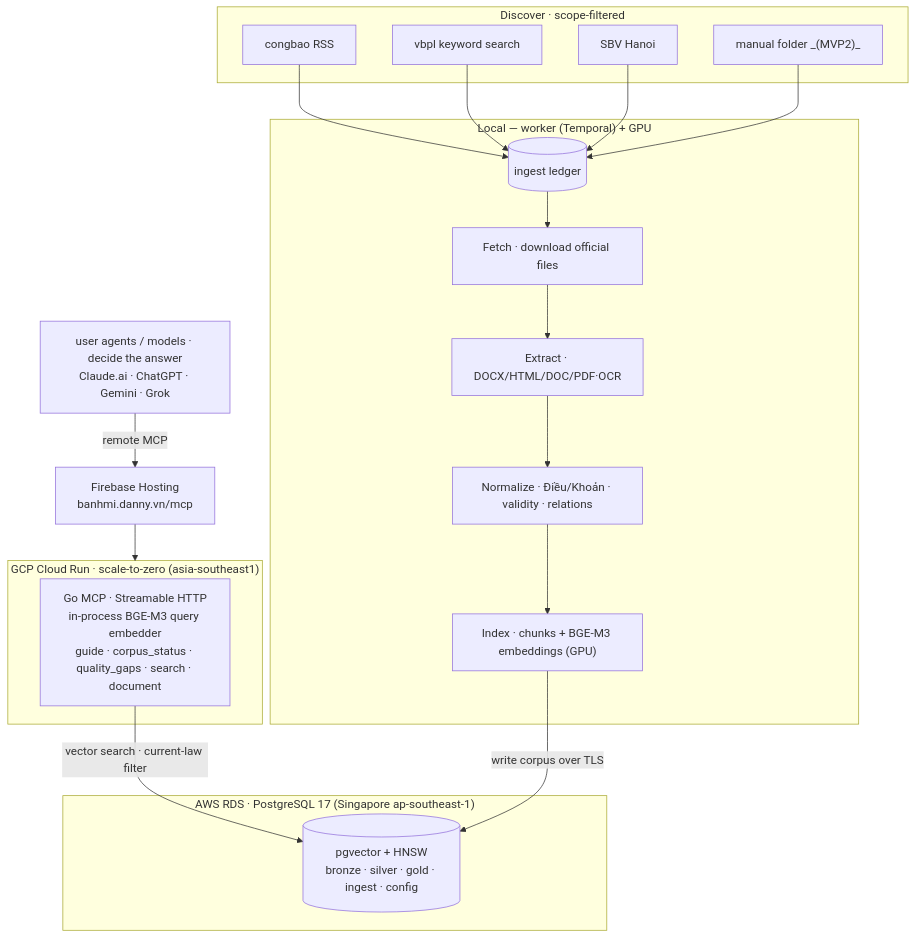
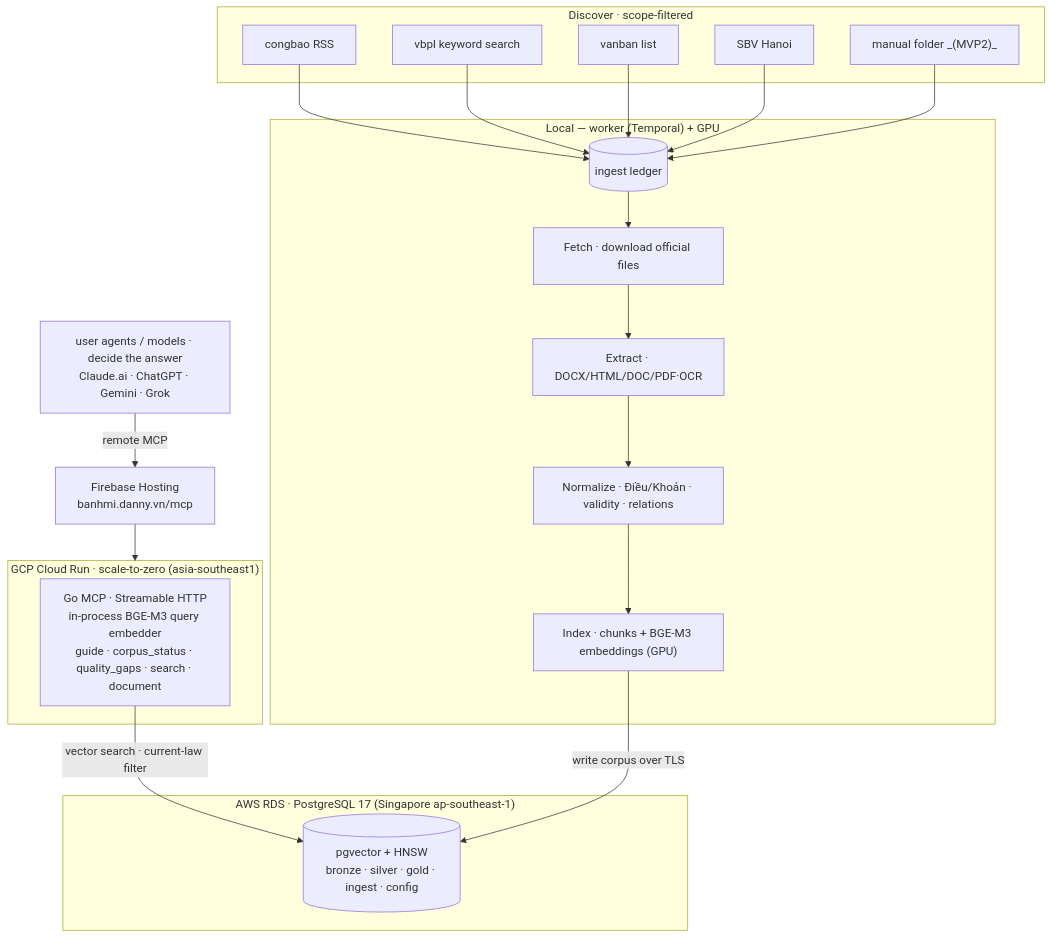
The diagram in README.md (dannyota/banhmi), drawn with Mermaid before and after one commit. The commit also changed other lines of this file, not shown here.

Commit message:
docs(readme): add vanban.chinhphu.vn as source #2

````diff
--- a/README.md
+++ b/README.md
@@ -74,37 +75,39 @@
 ```mermaid
 flowchart TB
   subgraph SRC["Discover · scope-filtered"]
     RSS["congbao RSS"]
     VBK["vbpl keyword search"]
+    VBN["vanban list"]
     SH["SBV Hanoi"]
     MAN["manual folder _(MVP2)_"]
   end
 
   subgraph LOCAL["Local — worker (Temporal) + GPU"]
     LEDGER[("ingest ledger")]
     DL["Fetch · download official files"]
     EXT["Extract · DOCX/HTML/DOC/PDF·OCR"]
     NORM["Normalize · Điều/Khoản · validity · relations"]
     IDX["Index · chunks + BGE-M3 embeddings (GPU)"]
     LEDGER --> DL --> EXT --> NORM --> IDX
   end
 
   subgraph RDS["AWS RDS · PostgreSQL 17 (Singapore ap-southeast-1)"]
     PG[("pgvector + HNSW<br/>bronze · silver · gold · ingest · config")]
   end
 
   subgraph CR["GCP Cloud Run · scale-to-zero (asia-southeast1)"]
     MCP["Go MCP · Streamable HTTP<br/>in-process BGE-M3 query embedder<br/>guide · corpus_status · quality_gaps · search · document"]
   end
 
   FB["Firebase Hosting<br/>banhmi.danny.vn/mcp"]
   MCP -->|vector search · current-law filter| PG
 
   RSS --> LEDGER
   VBK --> LEDGER
+  VBN --> LEDGER
   SH --> LEDGER
   MAN --> LEDGER
   IDX -->|write corpus over TLS| PG
   USERS["user agents / models · decide the answer<br/>Claude.ai · ChatGPT · Gemini · Grok"] -->|remote MCP| FB
   FB --> CR
 ```
````
